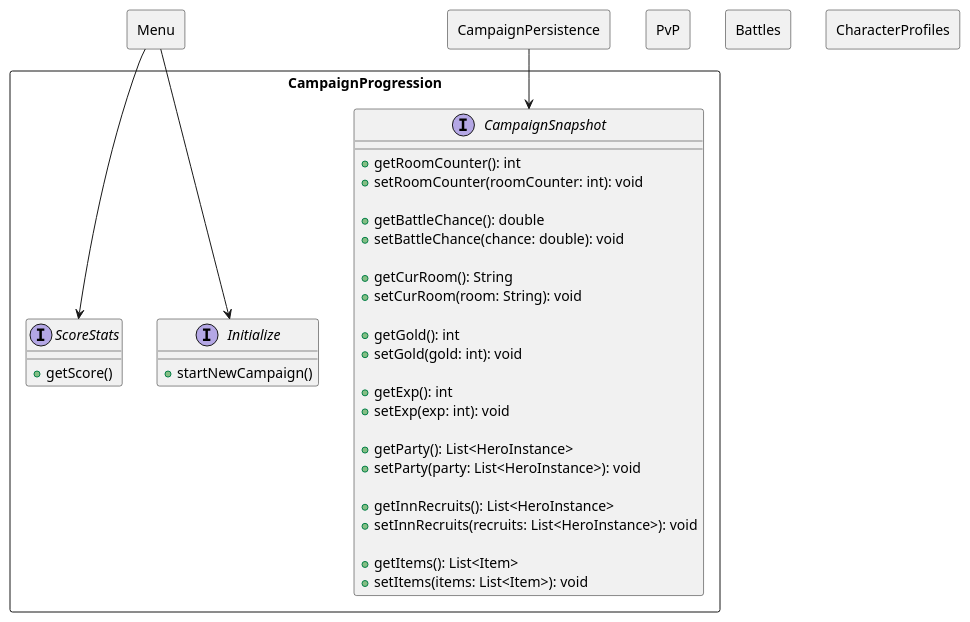
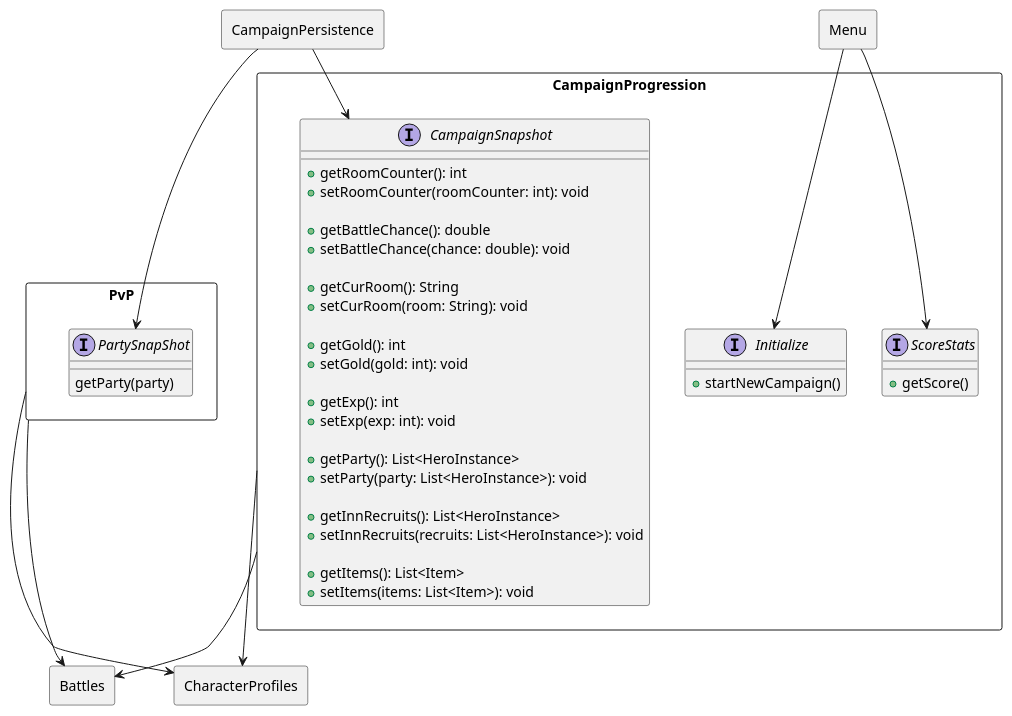
Before and after one commit to JosefG50/2203-Legends-of-Sword-and-Wand: the diagram in rpg-legends/shared/docs/uml/system/system.puml, drawn with PlantUML.

Commit message:
[feat] completed Conpomnet Diagram

```diff
--- a/rpg-legends/shared/docs/uml/system/system.puml
+++ b/rpg-legends/shared/docs/uml/system/system.puml
@@ -1,67 +1,77 @@
 @startuml Campaign-Progress
 '===============================
 ' Generic Component Diagram Template
 ' Components are named A, B, C, etc.
 ' Use this as a starting point for your own system
 '===============================
 
 ' Skin params for readability
 skinparam componentStyle rectangle
 skinparam shadowing false
 component Menu{
 
 }
 component PvP{
-
+    interface PartySnapShot{
+        getParty(party)
+    }
 }
 
 component Battles{
 
 }
 component CampaignPersistence{
 
 }
 component CampaignProgression{
     interface CampaignSnapshot {
         + getRoomCounter(): int
         + setRoomCounter(roomCounter: int): void
 
         + getBattleChance(): double
         + setBattleChance(chance: double): void
 
         + getCurRoom(): String
         + setCurRoom(room: String): void
 
         + getGold(): int
         + setGold(gold: int): void
 
         + getExp(): int
         + setExp(exp: int): void
 
         + getParty(): List<HeroInstance>
         + setParty(party: List<HeroInstance>): void
 
         + getInnRecruits(): List<HeroInstance>
         + setInnRecruits(recruits: List<HeroInstance>): void
 
         + getItems(): List<Item>
         + setItems(items: List<Item>): void
     }
 
     interface Initialize{
         + startNewCampaign()
     }
     interface ScoreStats{
         + getScore()
     }
 
 }
 
 component CharacterProfiles{
 
 }
 Menu --> Initialize
 Menu --> ScoreStats
 
+
+CampaignProgression  --> CharacterProfiles
+PvP --> CharacterProfiles
+
+CampaignProgression --> Battles
+PvP --> Battles
+
+CampaignPersistence --> PartySnapShot
 CampaignPersistence --> CampaignSnapshot
 @enduml
```
